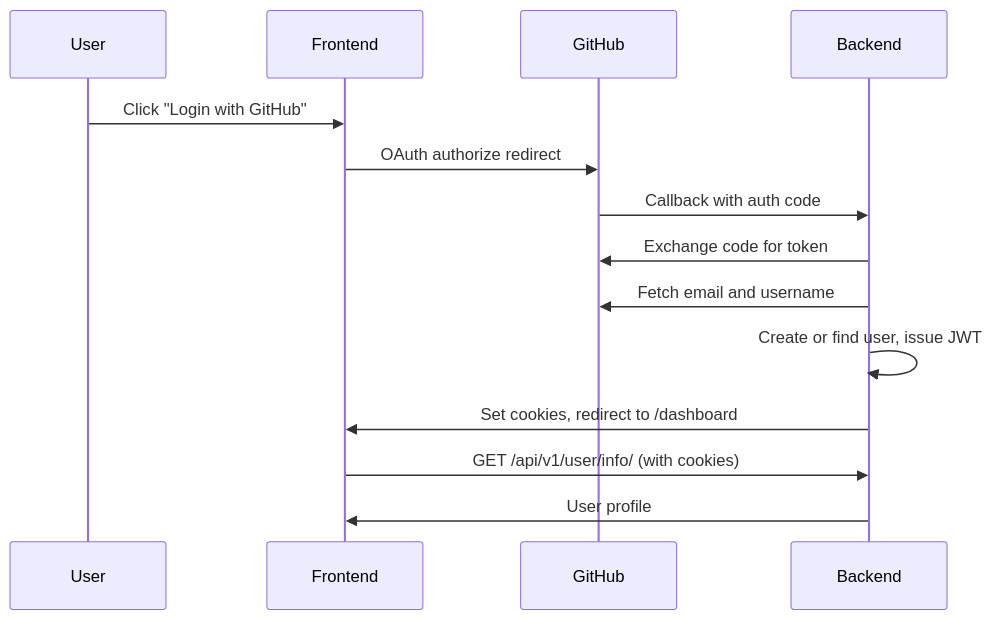
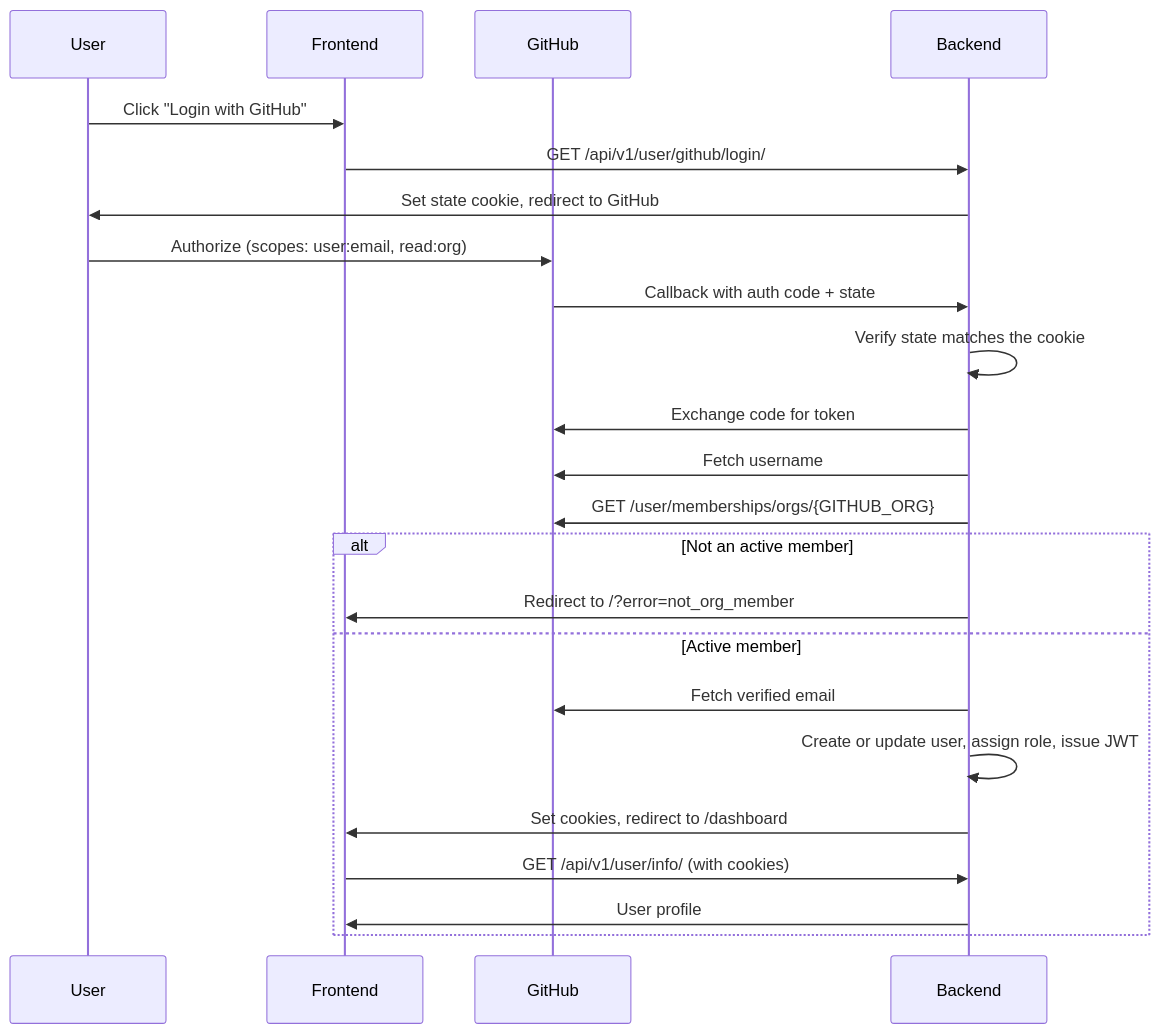
The diagram in README.md (Mystic-Die-Studios/employee-dashboard), drawn with Mermaid before and after one commit. The commit also changed other lines of this file and 25 other files, not shown here.

````diff
--- a/README.md
+++ b/README.md
@@ -220,17 +257,26 @@
 ```mermaid
 sequenceDiagram
     participant User
     participant Frontend
     participant GitHub
     participant Backend
 
     User->>Frontend: Click "Login with GitHub"
-    Frontend->>GitHub: OAuth authorize redirect
-    GitHub->>Backend: Callback with auth code
+    Frontend->>Backend: GET /api/v1/user/github/login/
+    Backend->>User: Set state cookie, redirect to GitHub
+    User->>GitHub: Authorize (scopes: user:email, read:org)
+    GitHub->>Backend: Callback with auth code + state
+    Backend->>Backend: Verify state matches the cookie
     Backend->>GitHub: Exchange code for token
-    Backend->>GitHub: Fetch email and username
-    Backend->>Backend: Create or find user, issue JWT
-    Backend->>Frontend: Set cookies, redirect to /dashboard
-    Frontend->>Backend: GET /api/v1/user/info/ (with cookies)
-    Backend->>Frontend: User profile
+    Backend->>GitHub: Fetch username
+    Backend->>GitHub: GET /user/memberships/orgs/{GITHUB_ORG}
+    alt Not an active member
+        Backend->>Frontend: Redirect to /?error=not_org_member
+    else Active member
+        Backend->>GitHub: Fetch verified email
+        Backend->>Backend: Create or update user, assign role, issue JWT
+        Backend->>Frontend: Set cookies, redirect to /dashboard
+        Frontend->>Backend: GET /api/v1/user/info/ (with cookies)
+        Backend->>Frontend: User profile
+    end
 ```
````
